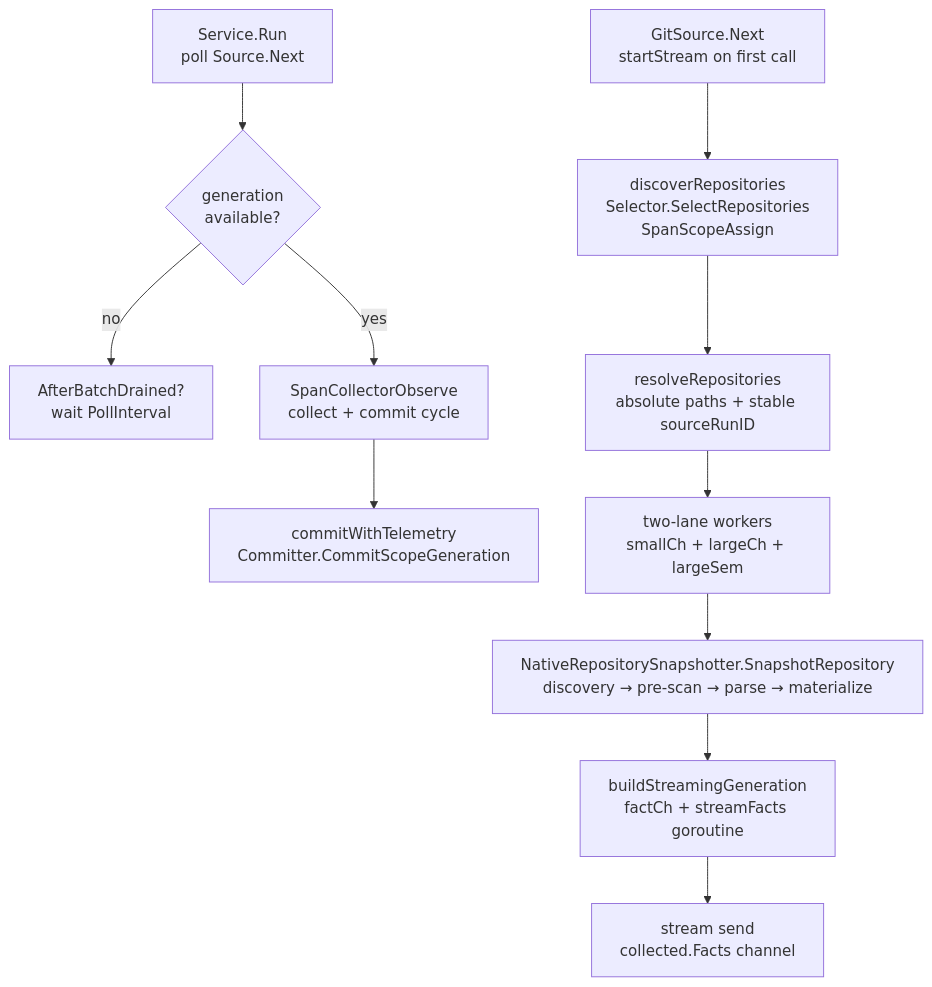
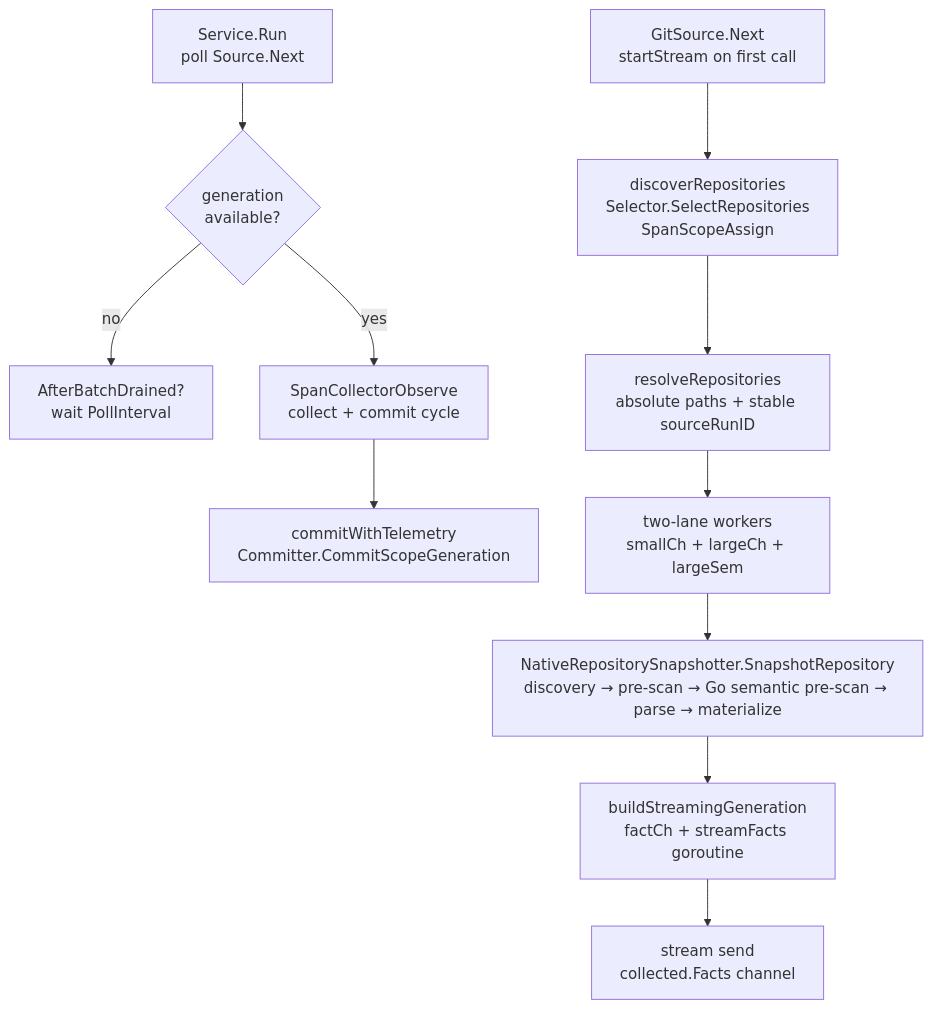
Before and after one commit to eshu-hq/eshu: the second of 2 diagrams in go/internal/collector/README.md, drawn with Mermaid. The commit also changed other lines of this file and 7 other files, not shown here.

````diff
--- a/go/internal/collector/README.md
+++ b/go/internal/collector/README.md
@@ -27,13 +27,13 @@
 ```mermaid
 flowchart TB
   A["Service.Run\npoll Source.Next"] --> B{"generation\navailable?"}
   B -- no --> C["AfterBatchDrained?\nwait PollInterval"]
   B -- yes --> D["SpanCollectorObserve\ncollect + commit cycle"]
   D --> E["commitWithTelemetry\nCommitter.CommitScopeGeneration"]
   A2["GitSource.Next\nstartStream on first call"] --> F["discoverRepositories\nSelector.SelectRepositories\nSpanScopeAssign"]
   F --> G["resolveRepositories\nabsolute paths + stable sourceRunID"]
   G --> H["two-lane workers\nsmallCh + largeCh + largeSem"]
-  H --> I["NativeRepositorySnapshotter.SnapshotRepository\ndiscovery → pre-scan → parse → materialize"]
+  H --> I["NativeRepositorySnapshotter.SnapshotRepository\ndiscovery → pre-scan → Go semantic pre-scan → parse → materialize"]
   I --> J["buildStreamingGeneration\nfactCh + streamFacts goroutine"]
   J --> K["stream send\ncollected.Facts channel"]
 ```
````
